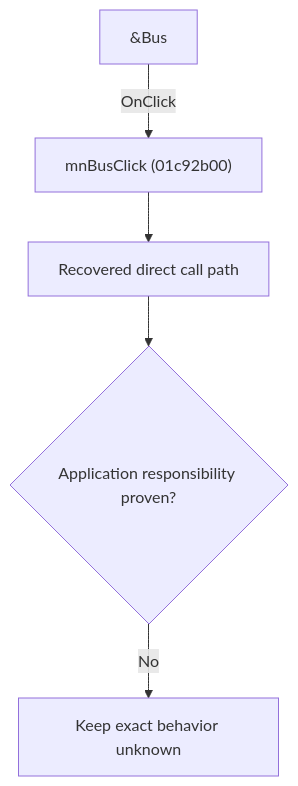
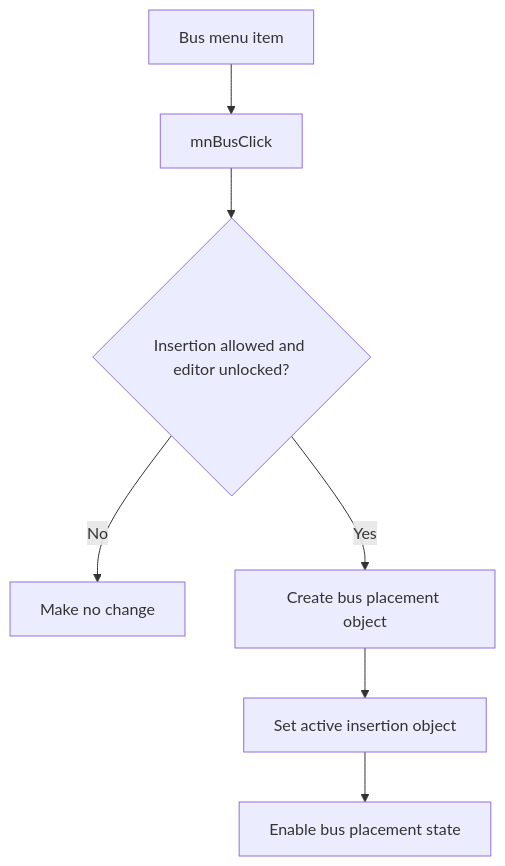
The diagram in docs/ui-controls/schematiceditor/mnbus-9ed0d129e6.md (MovGP0/TIARA), drawn with Mermaid before and after one commit. The commit also changed other lines of this file and 241 other files, not shown here.

````diff
--- a/docs/ui-controls/schematiceditor/mnbus-9ed0d129e6.md
+++ b/docs/ui-controls/schematiceditor/mnbus-9ed0d129e6.md
@@ -27,7 +19,9 @@
 ```mermaid
 flowchart TD
-    control["&Bus"] -->|"OnClick"| handler["mnBusClick (01c92b00)"]
-    handler --> recovered["Recovered direct call path"]
-    recovered --> gap{"Application responsibility proven?"}
-    gap -->|"No"| blocked["Keep exact behavior unknown"]
+    control["Bus menu item"] --> handler["mnBusClick"]
+    handler --> allowed{"Insertion allowed and editor unlocked?"}
+    allowed -->|"No"| noOp["Make no change"]
+    allowed -->|"Yes"| create["Create bus placement object"]
+    create --> active["Set active insertion object"]
+    active --> mode["Enable bus placement state"]
 ```
````
